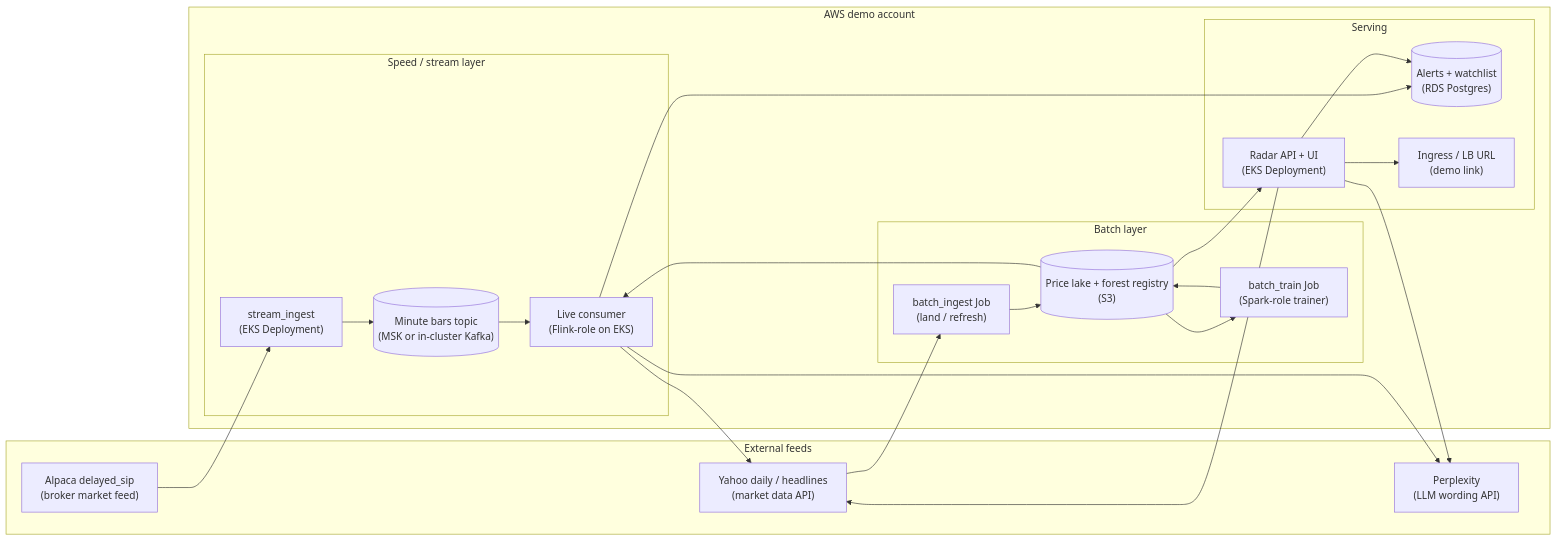
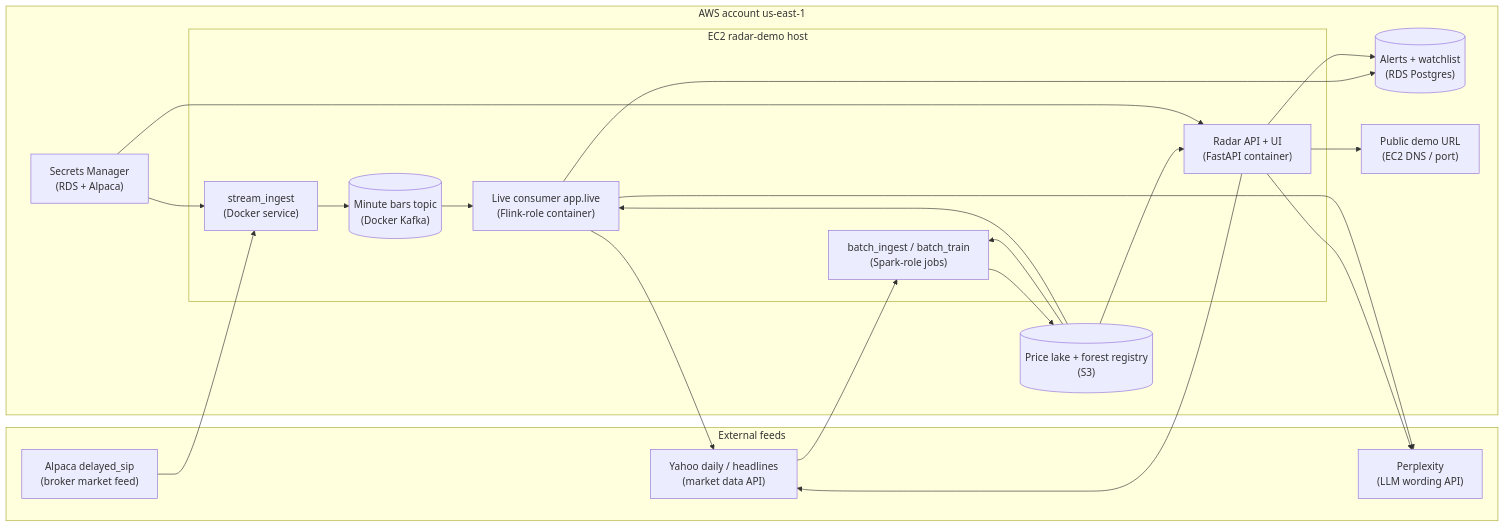
Before and after one commit to sameerde4/ticker-alert-system: the diagram in docs/aws-deployment.md, drawn with Mermaid. The commit also changed other lines of this file, not shown here.

First line of the commit message:
Lock AWS demo plan on EC2 plus Docker Compose.

````diff
--- a/docs/aws-deployment.md
+++ b/docs/aws-deployment.md
@@ -80,41 +84,38 @@
 ```mermaid
 flowchart LR
     subgraph vendors [External feeds]
         ALP["Alpaca delayed_sip<br/>(broker market feed)"]
         YF["Yahoo daily / headlines<br/>(market data API)"]
         PPLX["Perplexity<br/>(LLM wording API)"]
     end
 
-    subgraph aws [AWS demo account]
-        subgraph stream [Speed / stream layer]
-            KAFKA[("Minute bars topic<br/>(MSK or in-cluster Kafka)")]
-            LIVE["Live consumer<br/>(Flink-role on EKS)"]
-            INGEST["stream_ingest<br/>(EKS Deployment)"]
+    subgraph aws [AWS account us-east-1]
+        subgraph ec2box [EC2 radar-demo host]
+            KAFKA[("Minute bars topic<br/>(Docker Kafka)")]
+            INGEST["stream_ingest<br/>(Docker service)"]
+            LIVE["Live consumer app.live<br/>(Flink-role container)"]
+            API["Radar API + UI<br/>(FastAPI container)"]
+            BATCH["batch_ingest / batch_train<br/>(Spark-role jobs)"]
         end
 
-        subgraph batch [Batch layer]
-            S3[("Price lake + forest registry<br/>(S3)")]
-            LAND["batch_ingest Job<br/>(land / refresh)"]
-            TRAIN["batch_train Job<br/>(Spark-role trainer)"]
-        end
-
-        subgraph serve [Serving]
-            RDS[("Alerts + watchlist<br/>(RDS Postgres)")]
-            API["Radar API + UI<br/>(EKS Deployment)"]
-            ING["Ingress / LB URL<br/>(demo link)"]
-        end
+        S3[("Price lake + forest registry<br/>(S3)")]
+        RDS[("Alerts + watchlist<br/>(RDS Postgres)")]
+        SM["Secrets Manager<br/>(RDS + Alpaca)"]
+        URL["Public demo URL<br/>(EC2 DNS / port)"]
     end
 
     ALP --> INGEST --> KAFKA --> LIVE
-    YF --> LAND --> S3 --> TRAIN
-    TRAIN --> S3
+    YF --> BATCH --> S3
+    S3 --> BATCH
     S3 --> LIVE
     S3 --> API
+    SM --> API
+    SM --> INGEST
     LIVE --> RDS
     API --> RDS
     LIVE --> YF
     API --> YF
     API --> PPLX
     LIVE --> PPLX
-    API --> ING
+    API --> URL
 ```
````
